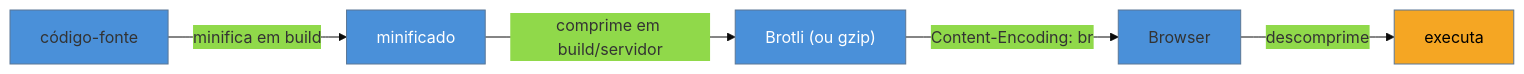
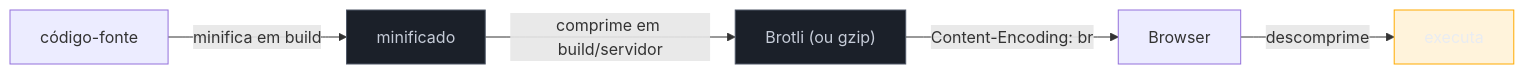
The diagram in 03-Dominios/Tecnologia/Web Performance/Performance de Carregamento/06 - Compressão e minificação.md (josenaldo/codex-technomanticus), drawn with Mermaid before and after one commit. The commit also changed 1181 other files, not shown here.

First line of the commit message:
fix(diagramas): paleta do sistema no lugar de cor cravada no markdown

````diff
--- a/03-Dominios/Tecnologia/Web Performance/Performance de Carregamento/06 - Compressão e minificação.md
+++ b/03-Dominios/Tecnologia/Web Performance/Performance de Carregamento/06 - Compressão e minificação.md
@@ -57,11 +57,12 @@
 ```mermaid
-%%{init: {"theme": "base", "themeVariables": {"primaryColor": "#4A90D9"}}}%%
 graph LR
+    classDef neutro fill:#1B2029,stroke:#4E5666,color:#C6CCD8
+    classDef destaque fill:#FFAA0024,stroke:#FFAA00,color:#E9ECF2
     A[código-fonte] -->|minifica em build| B[minificado]
     B -->|comprime em build/servidor| C["Brotli (ou gzip)"]
     C -->|Content-Encoding: br| D[Browser]
     D -->|descomprime| E[executa]
-    style B fill:#4A90D9,color:#fff
-    style C fill:#4A90D9,color:#fff
-    style E fill:#F5A623,color:#000
+    class B neutro
+    class C neutro
+    class E destaque
 ```
````
